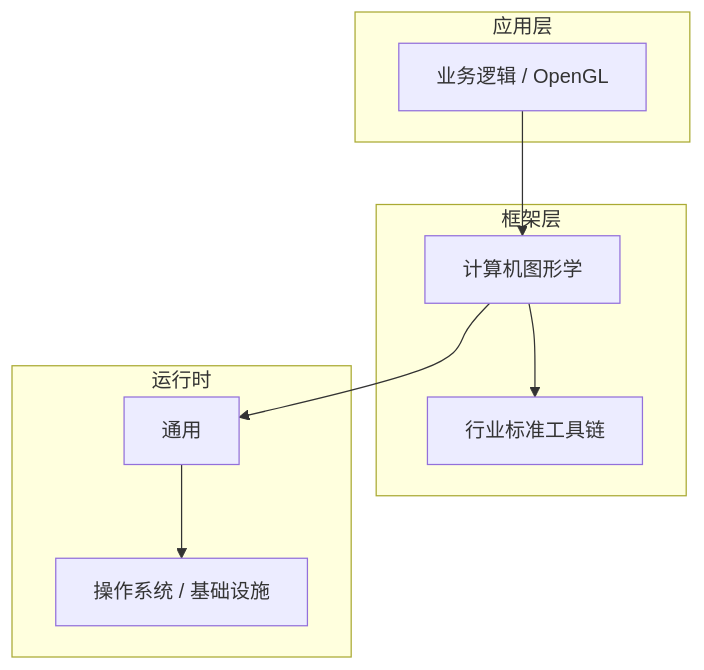
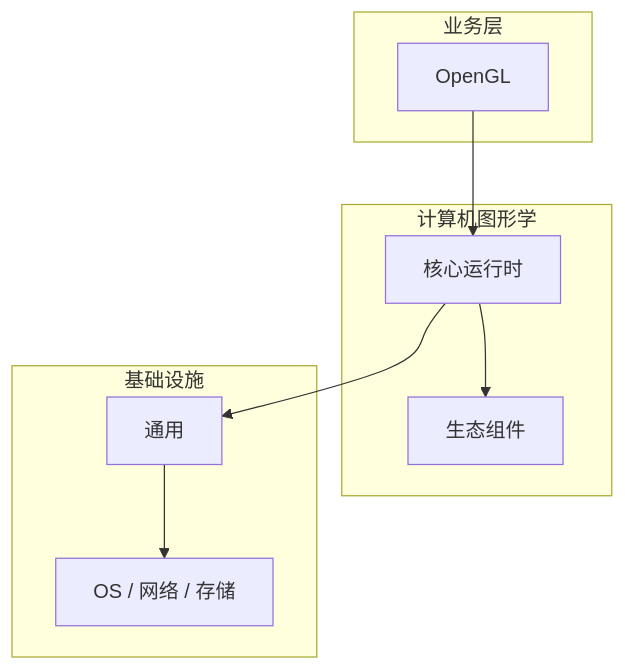
The diagram in articles/计算机图形学/chapters/066-OpenGL核心概念与原理.md (yanggan2015/knowledge-json-v2), drawn with Mermaid before and after one commit. The commit also changed other lines of this file and 10127 other files, not shown here.

````diff
--- a/articles/计算机图形学/chapters/066-OpenGL核心概念与原理.md
+++ b/articles/计算机图形学/chapters/066-OpenGL核心概念与原理.md
@@ -45,18 +30,18 @@
 ```mermaid
 graph TB
-    subgraph 应用层
-        A[业务逻辑 / OpenGL]
+    subgraph 业务层
+        A[OpenGL]
     end
-    subgraph 框架层
-        B[计算机图形学]
-        C[行业标准工具链]
+    subgraph 计算机图形学
+        B[核心运行时]
+        C[生态组件]
     end
-    subgraph 运行时
+    subgraph 基础设施
         D[通用]
-        E[操作系统 / 基础设施]
+        E[OS / 网络 / 存储]
     end
     A --> B
     B --> C
     B --> D
     D --> E
 ```
````
